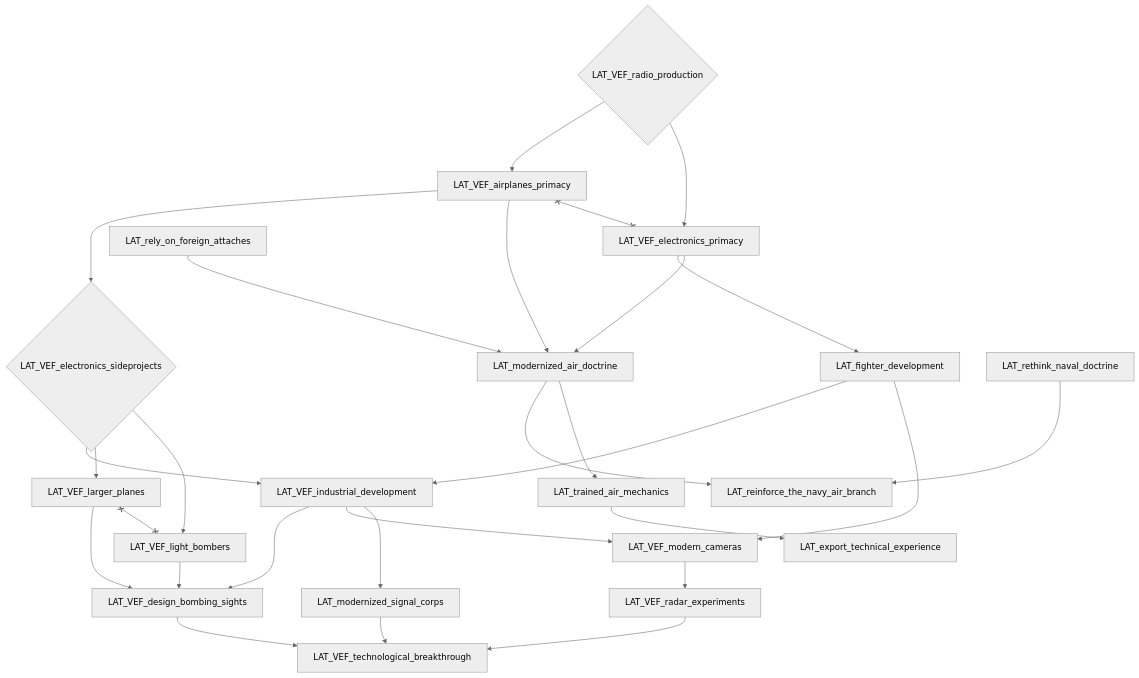
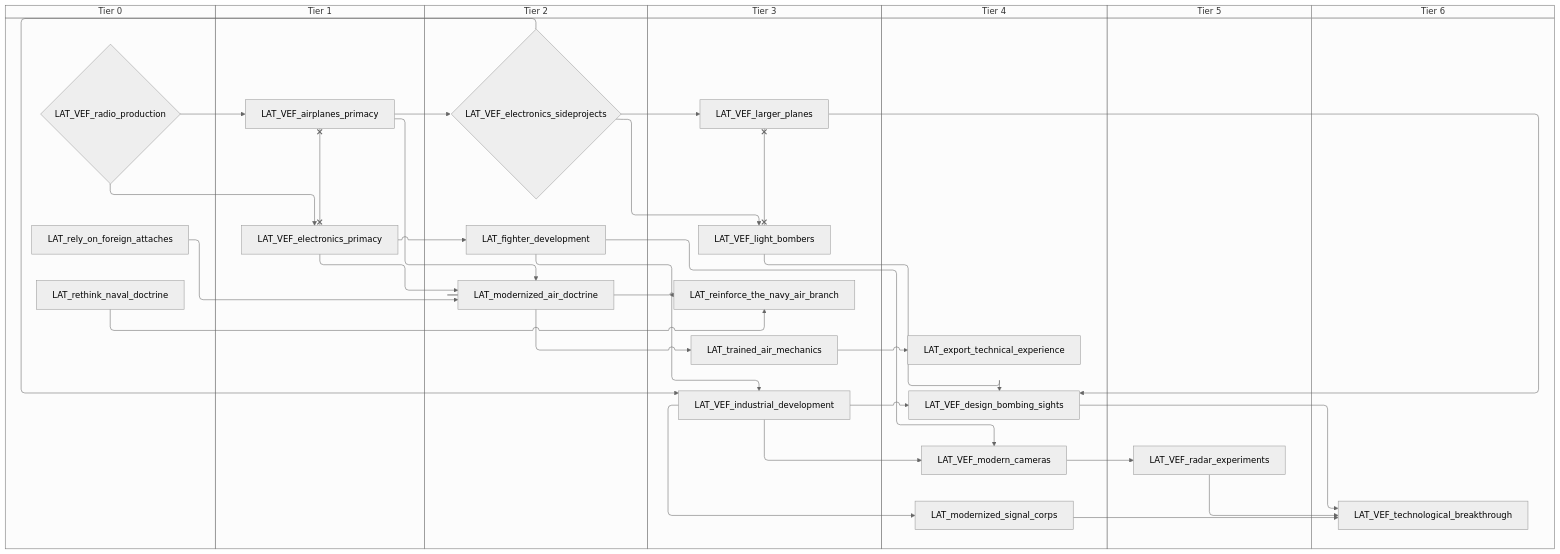
One commit to evgeny-sobol/hoi4-sandbox-mode-r56 changed the first of 3 diagrams in docs/gdd/National Focuses/r56/r56_latvia_shared.md. Above: the diagram before and after it, drawn with Mermaid (neutral theme). The commit also changed other lines of this file and 423 other files, not shown here.

First line of the commit message:
Re-export Rt56 focus trees as swimlane diagrams

````diff
--- a/docs/gdd/National Focuses/r56/r56_latvia_shared.md
+++ b/docs/gdd/National Focuses/r56/r56_latvia_shared.md
@@ -3,49 +3,63 @@
 ```mermaid
-flowchart TD
-    n1["LAT_VEF_airplanes_primacy"]
-    n2["LAT_VEF_design_bombing_sights"]
-    n3["LAT_VEF_electronics_primacy"]
-    n4{"LAT_VEF_electronics_sideprojects"}
-    n5["LAT_VEF_industrial_development"]
-    n6["LAT_VEF_larger_planes"]
-    n7["LAT_VEF_light_bombers"]
-    n8["LAT_VEF_modern_cameras"]
-    n9["LAT_VEF_radar_experiments"]
-    n10{"LAT_VEF_radio_production"}
-    n11["LAT_VEF_technological_breakthrough"]
-    n12["LAT_export_technical_experience"]
-    n13["LAT_fighter_development"]
-    n14["LAT_modernized_air_doctrine"]
-    n15["LAT_modernized_signal_corps"]
-    n16["LAT_reinforce_the_navy_air_branch"]
-    n17["LAT_rely_on_foreign_attaches"]
-    n18["LAT_rethink_naval_doctrine"]
-    n19["LAT_trained_air_mechanics"]
-    n10 --> n1
-    n5 --> n2
-    n6 --> n2
-    n7 --> n2
-    n10 --> n3
+swimlane-beta TD
+    subgraph tier_0["Tier 0"]
+        n1{"LAT_VEF_radio_production"}
+        n2["LAT_rely_on_foreign_attaches"]
+        n3["LAT_rethink_naval_doctrine"]
+    end
+    subgraph tier_1["Tier 1"]
+        n4["LAT_VEF_airplanes_primacy"]
+        n5["LAT_VEF_electronics_primacy"]
+    end
+    subgraph tier_2["Tier 2"]
+        n6{"LAT_VEF_electronics_sideprojects"}
+        n7["LAT_fighter_development"]
+        n8["LAT_modernized_air_doctrine"]
+    end
+    subgraph tier_3["Tier 3"]
+        n9["LAT_VEF_industrial_development"]
+        n10["LAT_VEF_larger_planes"]
+        n11["LAT_VEF_light_bombers"]
+        n12["LAT_reinforce_the_navy_air_branch"]
+        n13["LAT_trained_air_mechanics"]
+    end
+    subgraph tier_4["Tier 4"]
+        n14["LAT_VEF_design_bombing_sights"]
+        n15["LAT_VEF_modern_cameras"]
+        n16["LAT_export_technical_experience"]
+        n17["LAT_modernized_signal_corps"]
+    end
+    subgraph tier_5["Tier 5"]
+        n18["LAT_VEF_radar_experiments"]
+    end
+    subgraph tier_6["Tier 6"]
+        n19["LAT_VEF_technological_breakthrough"]
+    end
     n1 --> n4
-    n13 --> n5
-    n4 --> n5
+    n9 --> n14
+    n10 --> n14
+    n11 --> n14
+    n1 --> n5
     n4 --> n6
-    n4 --> n7
-    n13 --> n8
+    n7 --> n9
+    n6 --> n9
+    n6 --> n10
+    n6 --> n11
+    n7 --> n15
+    n9 --> n15
+    n15 --> n18
+    n18 --> n19
+    n14 --> n19
+    n17 --> n19
+    n13 --> n16
+    n5 --> n7
+    n4 --> n8
     n5 --> n8
-    n8 --> n9
-    n9 --> n11
-    n2 --> n11
-    n15 --> n11
-    n19 --> n12
-    n3 --> n13
-    n1 --> n14
-    n3 --> n14
-    n17 --> n14
-    n5 --> n15
-    n18 --> n16
-    n14 --> n16
-    n14 --> n19
-    n1 x--x n3
-    n6 x--x n7
+    n2 --> n8
+    n9 --> n17
+    n3 --> n12
+    n8 --> n12
+    n8 --> n13
+    n4 x--x n5
+    n10 x--x n11
 ```
````
